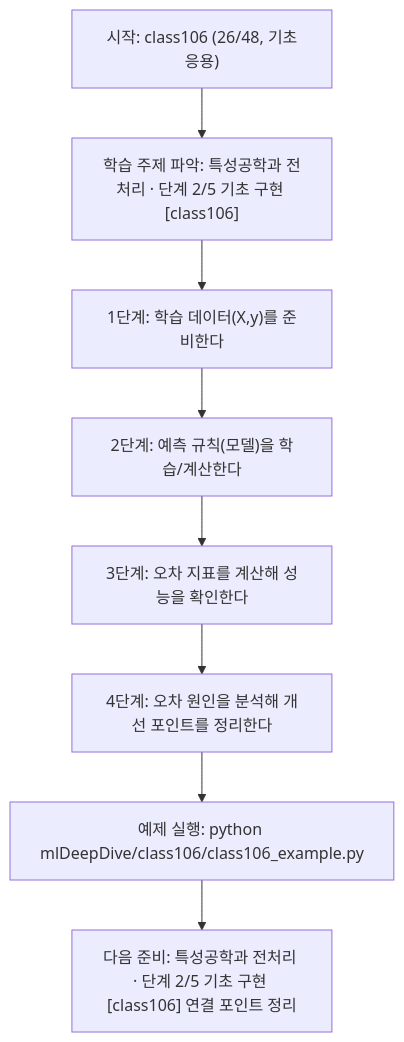
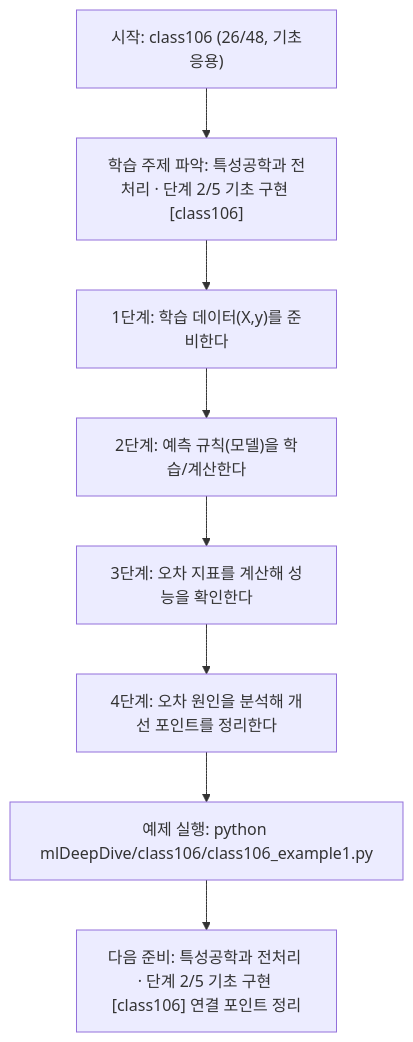
Before and after one commit to edumgt/Python-AI_Agent-Class: the diagram in mlDeepDive/class106/class106.md, drawn with Mermaid. The commit also changed other lines of this file and 2959 other files, not shown here.

````diff
--- a/mlDeepDive/class106/class106.md
+++ b/mlDeepDive/class106/class106.md
@@ -109,18 +109,18 @@
 ```mermaid
 flowchart TD
 N1["시작: class106 (26/48, 기초응용)"]
 N2["학습 주제 파악: 특성공학과 전처리 · 단계 2/5 기초 구현 [class106]"]
 N3["1단계: 학습 데이터(X,y)를 준비한다"]
 N4["2단계: 예측 규칙(모델)을 학습/계산한다"]
 N5["3단계: 오차 지표를 계산해 성능을 확인한다"]
 N6["4단계: 오차 원인을 분석해 개선 포인트를 정리한다"]
-N7["예제 실행: python mlDeepDive/class106/class106_example.py"]
+N7["예제 실행: python mlDeepDive/class106/class106_example1.py"]
 N8["다음 준비: 특성공학과 전처리 · 단계 2/5 기초 구현 [class106] 연결 포인트 정리"]
 N1 --> N2
 N2 --> N3
 N3 --> N4
 N4 --> N5
 N5 --> N6
 N6 --> N7
 N7 --> N8
 ```
````
